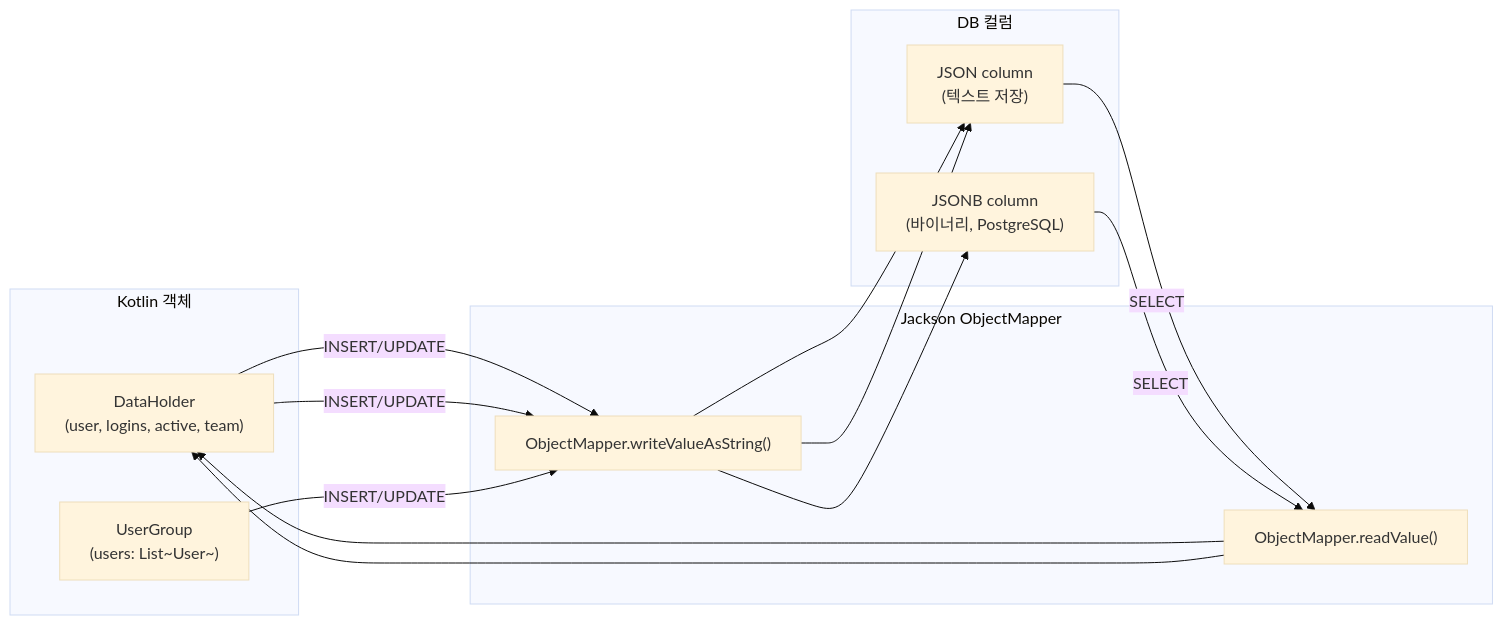
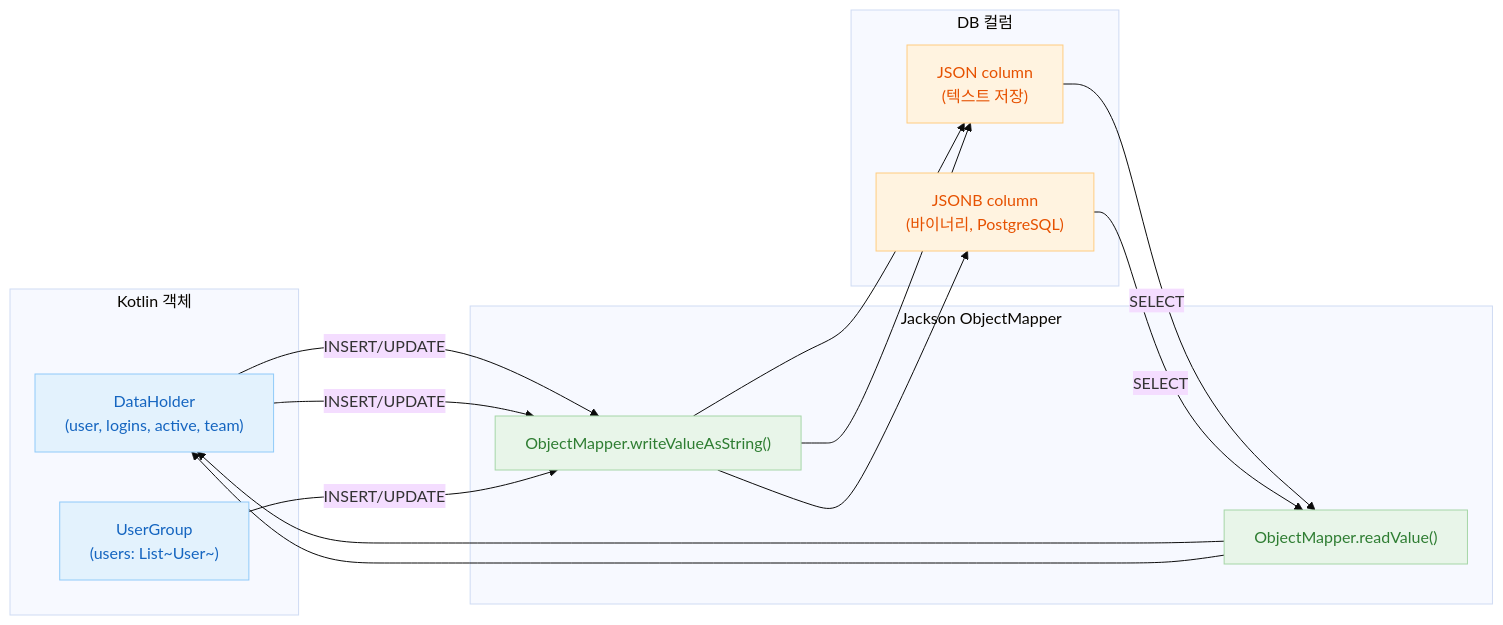
The second of 2 diagrams in 06-advanced/08-exposed-jackson/README.md (bluetape4k/exposed-workshop), drawn with Mermaid (base theme) before and after one commit. The commit also changed 56 other files, not shown here.

First line of the commit message:
docs: 전체 README mermaid 다이어그램에 파스텔 톤 색상 적용

````diff
--- a/06-advanced/08-exposed-jackson/README.md
+++ b/06-advanced/08-exposed-jackson/README.md
@@ -41,23 +41,31 @@
 ```mermaid
 flowchart LR
     subgraph KotlinObj["Kotlin 객체"]
         DH["DataHolder\n(user, logins, active, team)"]
         UG["UserGroup\n(users: List~User~)"]
     end
 
     subgraph Jackson["Jackson ObjectMapper"]
         SER["ObjectMapper.writeValueAsString()"]
         DESER["ObjectMapper.readValue()"]
     end
 
     subgraph DBCol["DB 컬럼"]
         JCOL["JSON column\n(텍스트 저장)"]
         JBCOL["JSONB column\n(바이너리, PostgreSQL)"]
     end
 
     DH -->|INSERT/UPDATE| SER --> JCOL
     DH -->|INSERT/UPDATE| SER --> JBCOL
     JCOL -->|SELECT| DESER --> DH
     JBCOL -->|SELECT| DESER --> DH
     UG -->|INSERT/UPDATE| SER --> JCOL
+
+    classDef blue fill:#E3F2FD,stroke:#90CAF9,color:#1565C0
+    classDef green fill:#E8F5E9,stroke:#A5D6A7,color:#2E7D32
+    classDef orange fill:#FFF3E0,stroke:#FFCC80,color:#E65100
+
+    class DH,UG blue
+    class SER,DESER green
+    class JCOL,JBCOL orange
 ```
````
